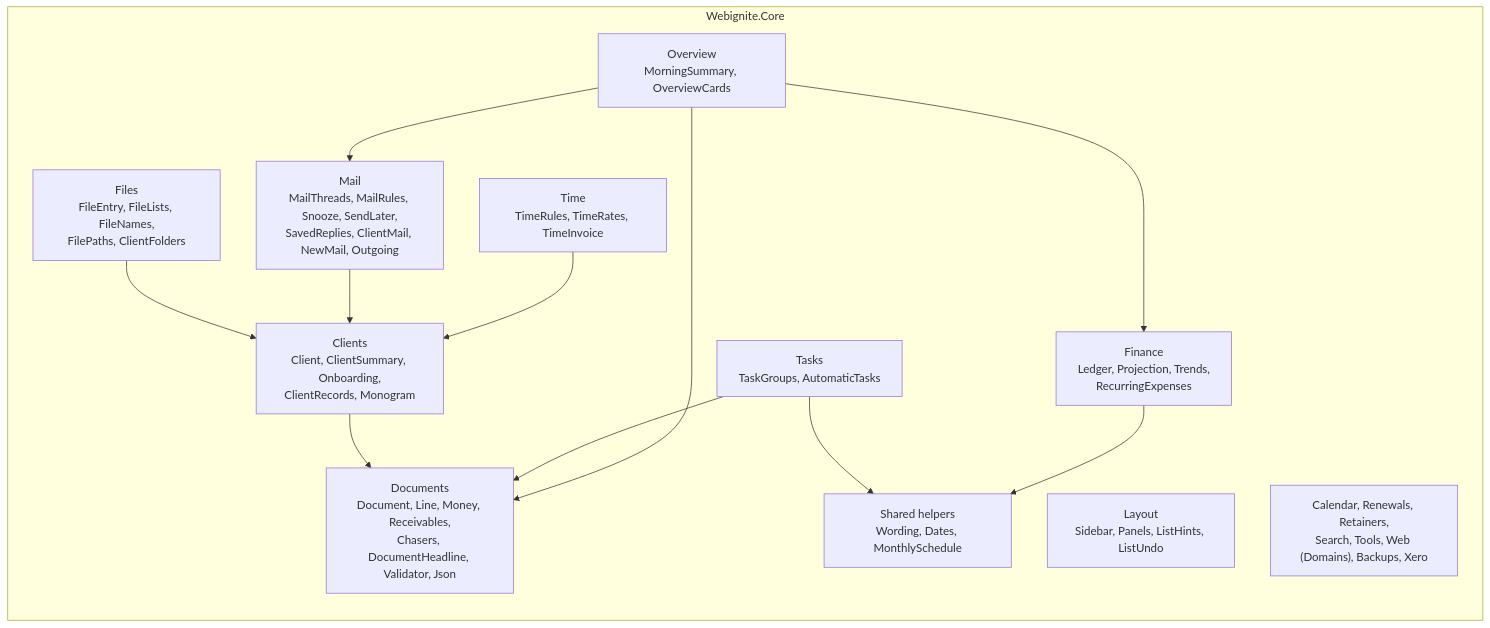
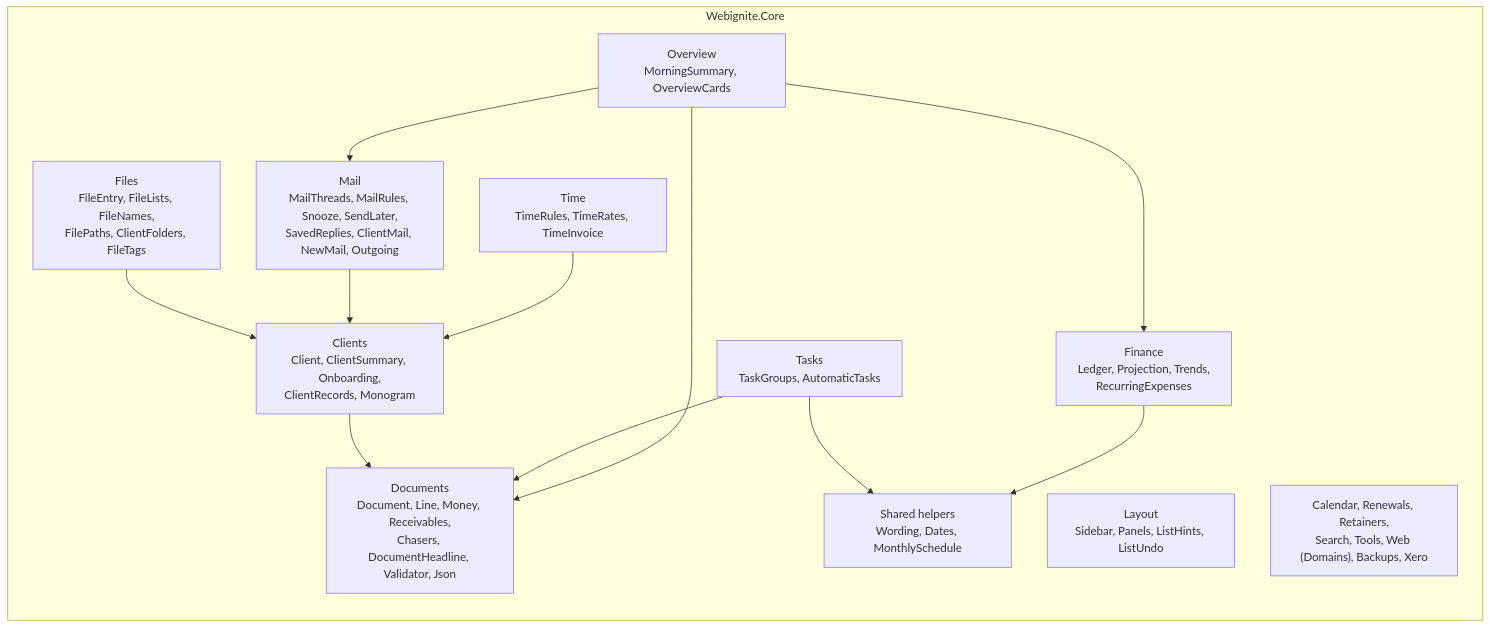
One commit to EdWebIgnite/Webignite-Desktop changed the fourth of 9 diagrams in docs/architecture.md. Above: the diagram before and after it, drawn with Mermaid. The commit also changed other lines of this file and 22 other files, not shown here.

First line of the commit message:
Files: coloured tags on files and folders

````diff
--- a/docs/architecture.md
+++ b/docs/architecture.md
@@ -114,26 +114,26 @@
 ```mermaid
 flowchart LR
     subgraph core["Webignite.Core"]
         documents["Documents<br/>Document, Line, Money, Receivables,<br/>Chasers, DocumentHeadline, Validator, Json"]
         clients["Clients<br/>Client, ClientSummary, Onboarding,<br/>ClientRecords, Monogram"]
         mailc["Mail<br/>MailThreads, MailRules, Snooze, SendLater,<br/>SavedReplies, ClientMail, NewMail, Outgoing"]
         finance["Finance<br/>Ledger, Projection, Trends,<br/>RecurringExpenses"]
         time["Time<br/>TimeRules, TimeRates, TimeInvoice"]
         tasks["Tasks<br/>TaskGroups, AutomaticTasks"]
         overview["Overview<br/>MorningSummary, OverviewCards"]
         layout["Layout<br/>Sidebar, Panels, ListHints, ListUndo"]
         shared["Shared helpers<br/>Wording, Dates, MonthlySchedule"]
-        files["Files<br/>FileEntry, FileLists, FileNames,<br/>FilePaths, ClientFolders"]
+        files["Files<br/>FileEntry, FileLists, FileNames,<br/>FilePaths, ClientFolders, FileTags"]
         other["Calendar, Renewals, Retainers,<br/>Search, Tools, Web (Domains), Backups, Xero"]
     end
     overview --> documents
     overview --> finance
     overview --> mailc
     tasks --> documents
     clients --> documents
     time --> clients
     mailc --> clients
     files --> clients
     finance --> shared
     tasks --> shared
 ```
````
